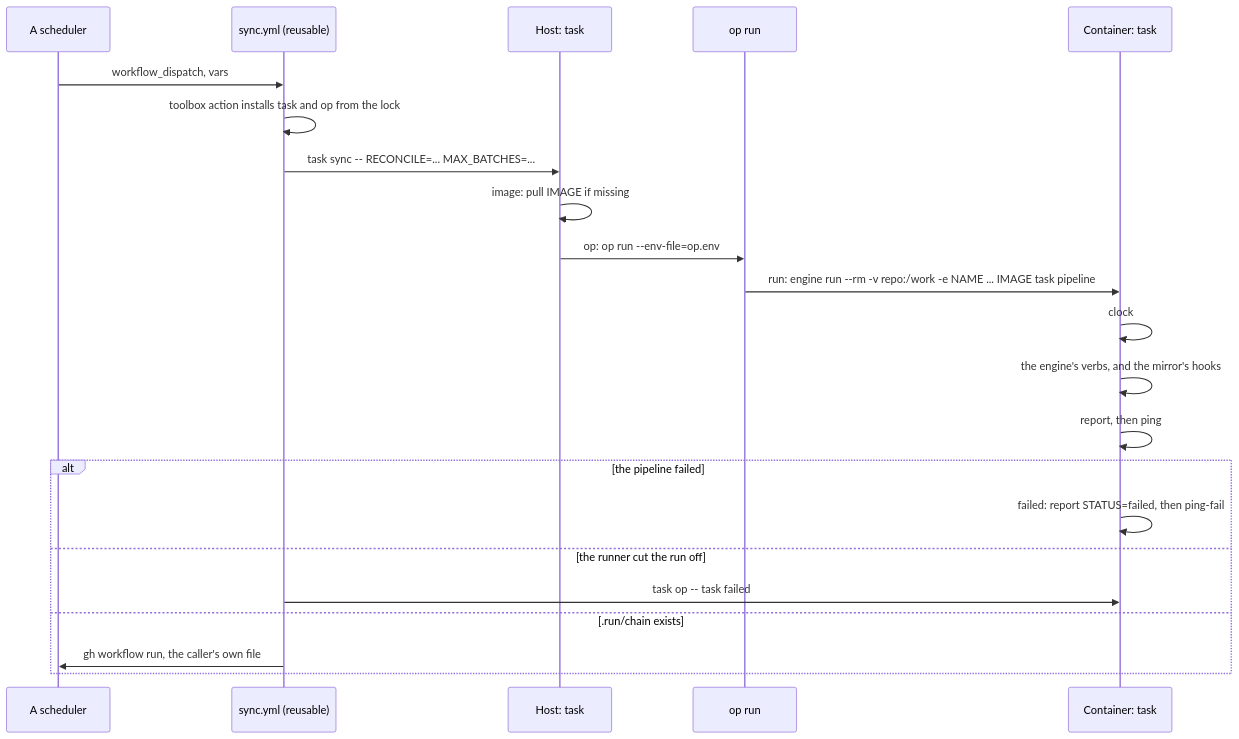
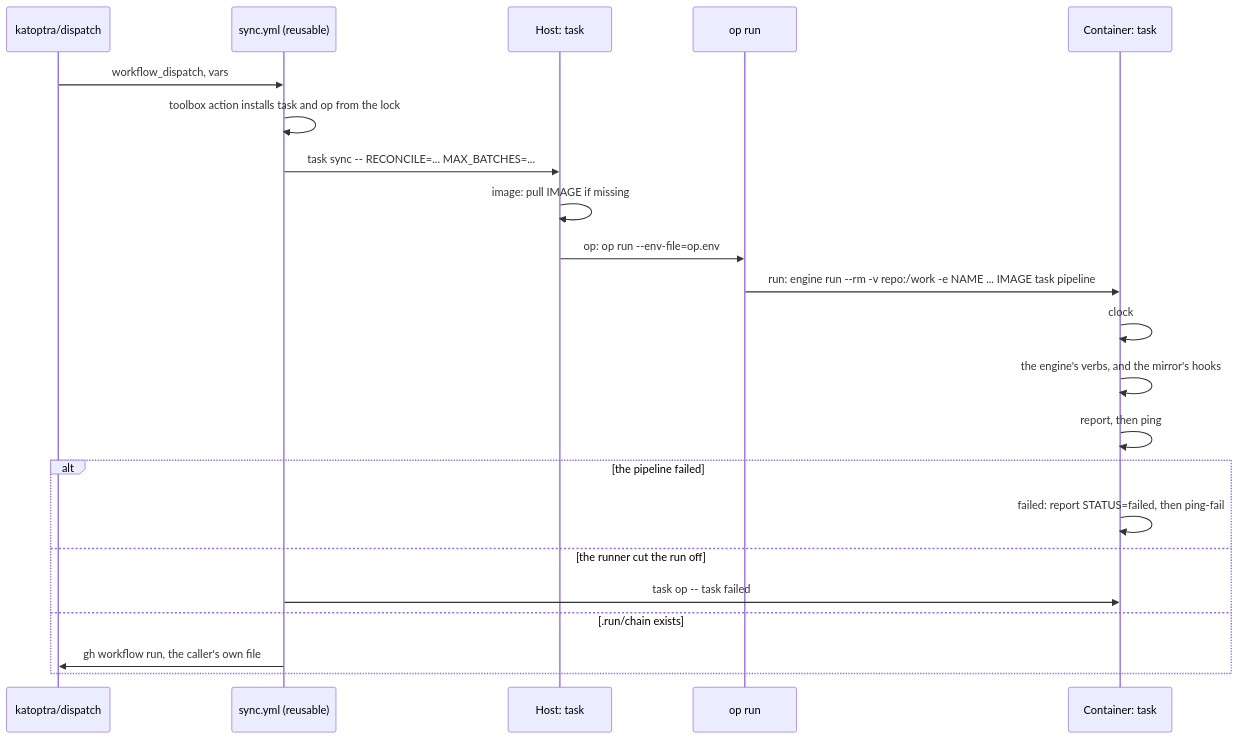
Before and after one commit to katoptra/lib: the third of 12 diagrams in README.md, drawn with Mermaid. The commit also changed other lines of this file and 1 other file, not shown here.

First line of the commit message:
docs: name katoptra/dispatch as the scheduler (#10)

````diff
--- a/README.md
+++ b/README.md
@@ -95,24 +95,24 @@
 ```mermaid
 sequenceDiagram
-  participant D as A scheduler
+  participant D as katoptra/dispatch
   participant W as sync.yml (reusable)
   participant H as Host: task
   participant O as op run
   participant C as Container: task
   D->>W: workflow_dispatch, vars
   W->>W: toolbox action installs task and op from the lock
   W->>H: task sync -- RECONCILE=... MAX_BATCHES=...
   H->>H: image: pull IMAGE if missing
   H->>O: op: op run --env-file=op.env
   O->>C: run: engine run --rm -v repo:/work -e NAME ... IMAGE task pipeline
   C->>C: clock
   C->>C: the engine's verbs, and the mirror's hooks
   C->>C: report, then ping
   alt the pipeline failed
     C->>C: failed: report STATUS=failed, then ping-fail
   else the runner cut the run off
     W->>C: task op -- task failed
   else .run/chain exists
     W->>D: gh workflow run, the caller's own file
   end
 ```
````
